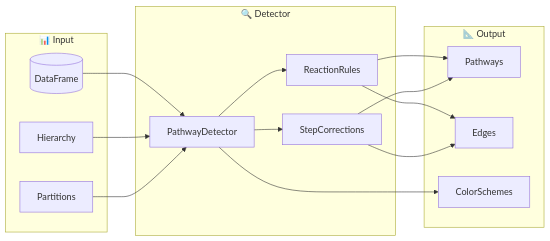
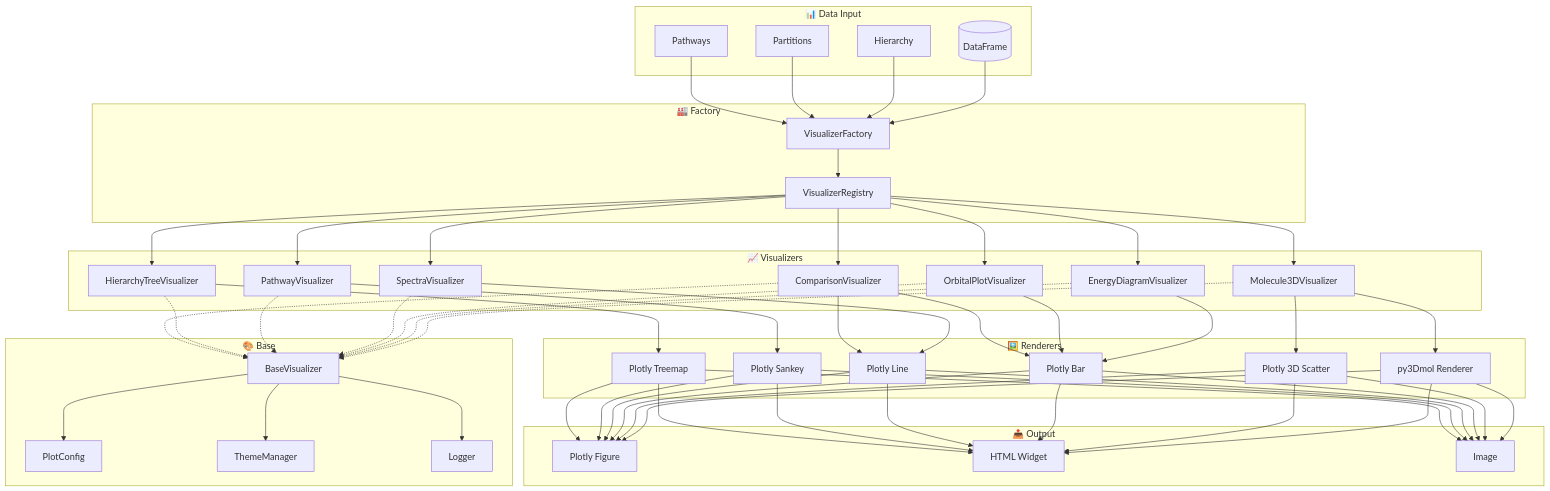
One commit to jauharmz/Orca_Files changed the fourth of 7 diagrams in README.md. Above: the diagram before and after it, drawn with Mermaid. The commit also changed other lines of this file and 4 other files, not shown here.

Commit message:
feat: add `requirements.txt` and enhance `README.md` with logging, detailed feature descriptions, and comprehensive architectural diagrams.

````diff
--- a/README.md
+++ b/README.md
@@ -126,24 +323,63 @@
 ```mermaid
-graph LR
-    subgraph "📊 Input"
+graph TB
+    subgraph "📊 Data Input"
         DF[(DataFrame)]
         HR[Hierarchy]
         PT[Partitions]
+        PW[Pathways]
     end
     
-    subgraph "🔍 Detector"
-        PD[PathwayDetector]
-        RR[ReactionRules]
-        SC[StepCorrections]
+    subgraph "🏭 Factory"
+        VF[VisualizerFactory]
+        VR[VisualizerRegistry]
     end
     
-    subgraph "📐 Output"
-        PW[Pathways]
-        ED[Edges]
-        CS[ColorSchemes]
+    subgraph "🎨 Base"
+        BV[BaseVisualizer]
+        CFG[PlotConfig]
+        THM[ThemeManager]
+        LOG[Logger]
     end
     
-    DF & HR & PT --> PD
-    PD --> RR & SC --> PW & ED
-    PD --> CS
+    subgraph "📈 Visualizers"
+        M3D[Molecule3DVisualizer]
+        EDV[EnergyDiagramVisualizer]
+        OPV[OrbitalPlotVisualizer]
+        SPV[SpectraVisualizer]
+        PWV[PathwayVisualizer]
+        HTV[HierarchyTreeVisualizer]
+        CMP[ComparisonVisualizer]
+    end
+    
+    subgraph "🖼️ Renderers"
+        P3M[py3Dmol Renderer]
+        PL3[Plotly 3D Scatter]
+        PLB[Plotly Bar]
+        PLL[Plotly Line]
+        PLS[Plotly Sankey]
+        PLT[Plotly Treemap]
+    end
+    
+    subgraph "📤 Output"
+        FIG[Plotly Figure]
+        HTM[HTML Widget]
+        IMG[Image]
+    end
+    
+    DF & HR & PT & PW --> VF
+    VF --> VR
+    VR --> M3D & EDV & OPV & SPV & PWV & HTV & CMP
+    
+    M3D & EDV & OPV & SPV & PWV & HTV & CMP -.-> BV
+    BV --> CFG & THM & LOG
+    
+    M3D --> P3M & PL3
+    EDV --> PLB
+    OPV --> PLB
+    SPV --> PLL
+    PWV --> PLS
+    HTV --> PLT
+    CMP --> PLB & PLL
+    
+    P3M & PL3 & PLB & PLL & PLS & PLT --> FIG & HTM & IMG
 ```
````
